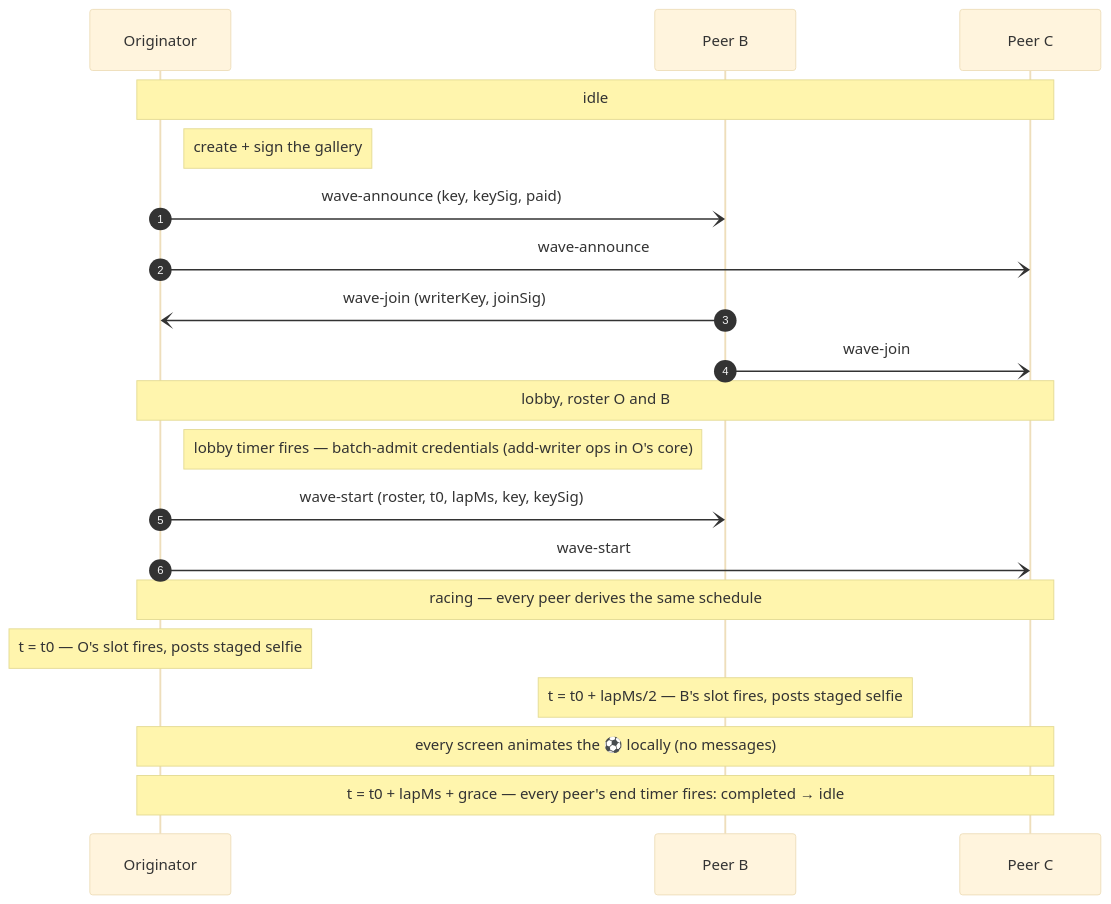
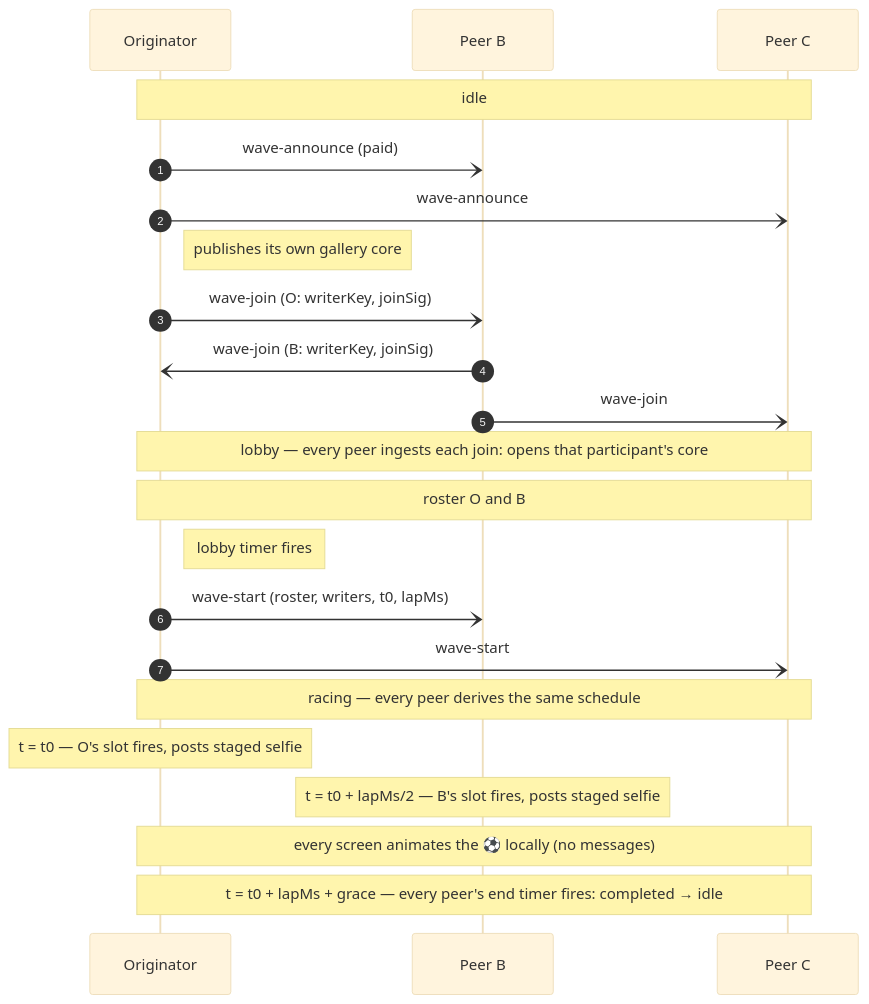
One commit to mnaamani/hyper-wave changed the fourth of 5 diagrams in docs/protocol.md. Above: the diagram before and after it, drawn with Mermaid (base theme). The commit also changed other lines of this file and 4 other files, not shown here.

````diff
--- a/docs/protocol.md
+++ b/docs/protocol.md
@@ -533,22 +528,24 @@
 ```mermaid
 sequenceDiagram
   autonumber
   participant O as Originator
   participant B as Peer B
   participant C as Peer C
   Note over O,C: idle
-  Note right of O: create + sign the gallery
-  O-)B: wave-announce (key, keySig, paid)
+  O-)B: wave-announce (paid)
   O-)C: wave-announce
-  B-)O: wave-join (writerKey, joinSig)
+  Note right of O: publishes its own gallery core
+  O-)B: wave-join (O: writerKey, joinSig)
+  B-)O: wave-join (B: writerKey, joinSig)
   B-)C: wave-join
-  Note over O,C: lobby, roster O and B
-  Note right of O: lobby timer fires — batch-admit credentials (add-writer ops in O's core)
-  O-)B: wave-start (roster, t0, lapMs, key, keySig)
+  Note over O,C: lobby — every peer ingests each join: opens that participant's core
+  Note over O,C: roster O and B
+  Note right of O: lobby timer fires
+  O-)B: wave-start (roster, writers, t0, lapMs)
   O-)C: wave-start
   Note over O,C: racing — every peer derives the same schedule
   Note over O: t = t0 — O's slot fires, posts staged selfie
   Note over B: t = t0 + lapMs/2 — B's slot fires, posts staged selfie
   Note over O,C: every screen animates the ⚽ locally (no messages)
   Note over O,C: t = t0 + lapMs + grace — every peer's end timer fires: completed → idle
 ```
````
